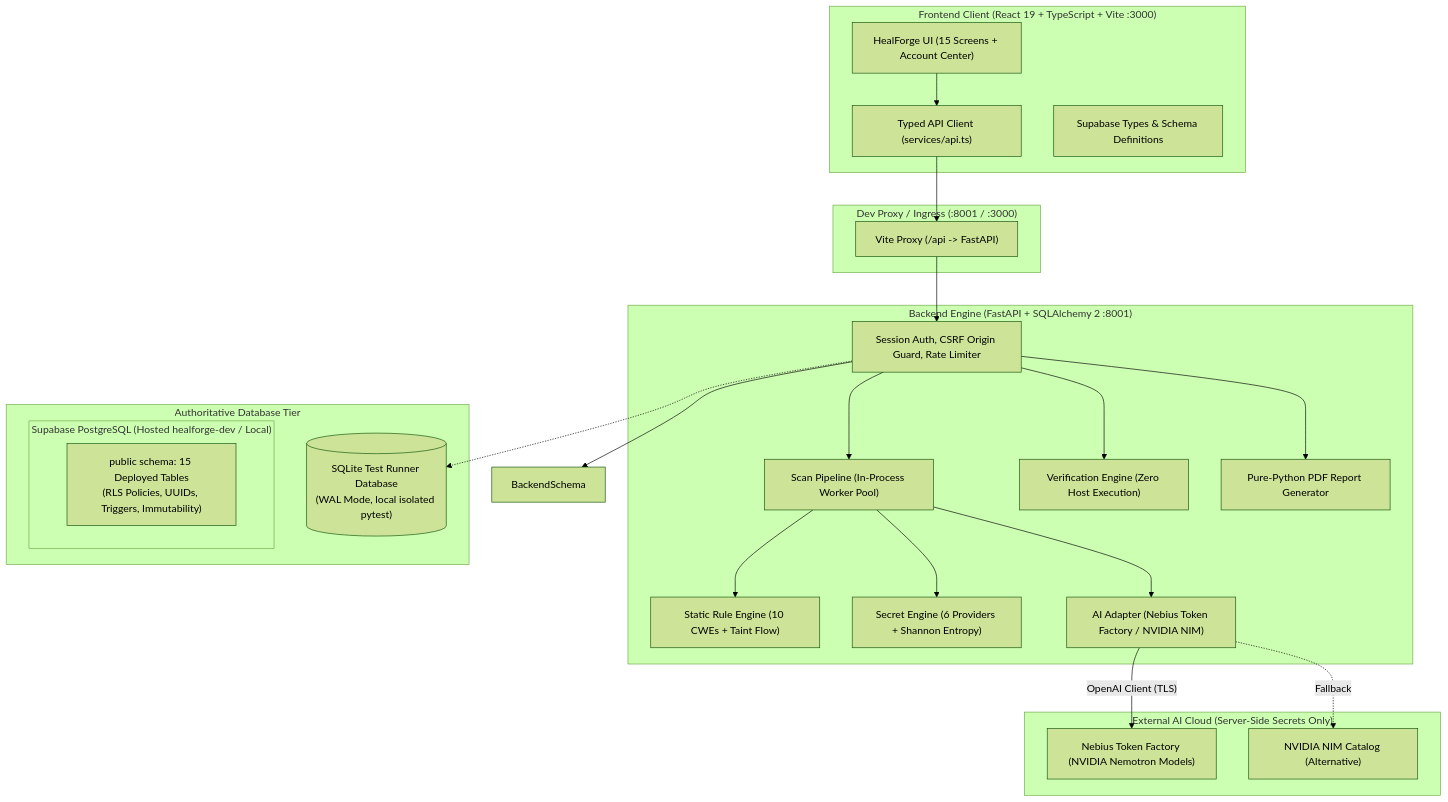
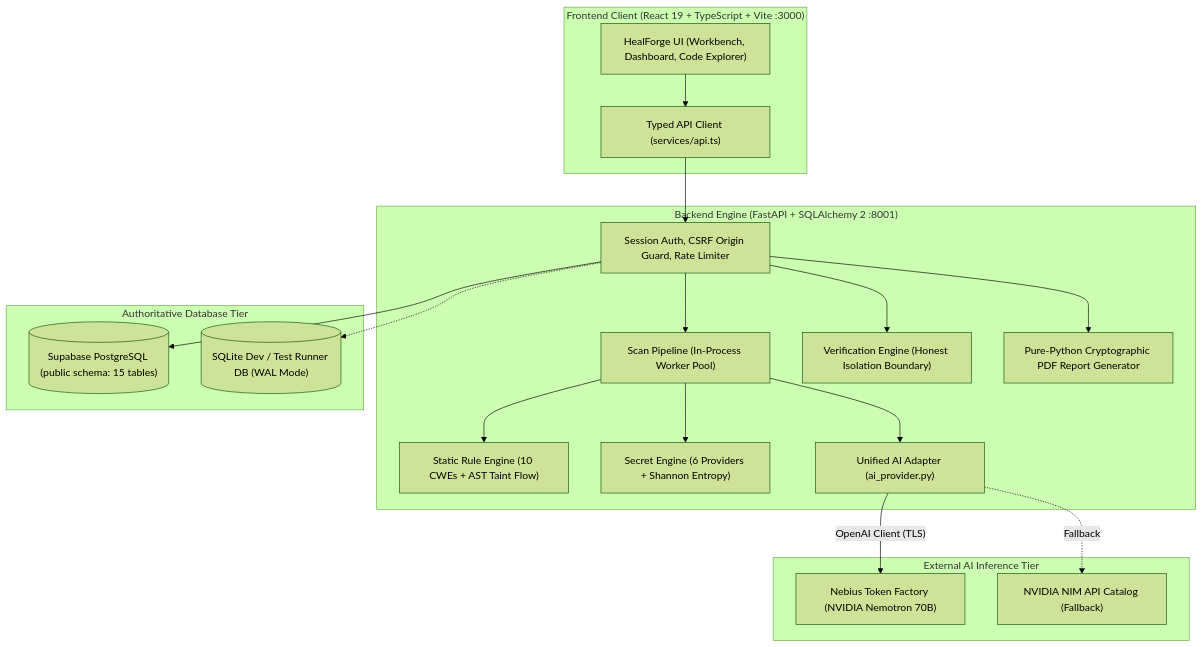
One commit to Snowyarn/healforge changed the diagram in README.md. Above: the diagram before and after it, drawn with Mermaid (forest theme). The commit also changed other lines of this file and 1 other file, not shown here.

````diff
--- a/README.md
+++ b/README.md
@@ -9,50 +50,42 @@
 ```mermaid
 flowchart TD
-    subgraph Frontend["Frontend Client (React 19 + TypeScript + Vite :3000)"]
-        UI["HealForge UI (15 Screens + Account Center)"]
+    subgraph Client["Frontend Client (React 19 + TypeScript + Vite :3000)"]
+        UI["HealForge UI (Workbench, Dashboard, Code Explorer)"]
         ApiClient["Typed API Client (services/api.ts)"]
-        SupaTypes["Supabase Types & Schema Definitions"]
-    end
-
-    subgraph Gateway["Dev Proxy / Ingress (:8001 / :3000)"]
-        ViteProxy["Vite Proxy (/api -> FastAPI)"]
     end
 
     subgraph Backend["Backend Engine (FastAPI + SQLAlchemy 2 :8001)"]
         SecLayer["Session Auth, CSRF Origin Guard, Rate Limiter"]
         ScanPipeline["Scan Pipeline (In-Process Worker Pool)"]
-        StaticEngine["Static Rule Engine (10 CWEs + Taint Flow)"]
+        StaticEngine["Static Rule Engine (10 CWEs + AST Taint Flow)"]
         SecretEngine["Secret Engine (6 Providers + Shannon Entropy)"]
-        AiAdapter["AI Adapter (Nebius Token Factory / NVIDIA NIM)"]
-        VerifEngine["Verification Engine (Zero Host Execution)"]
-        PDFGen["Pure-Python PDF Report Generator"]
+        AiAdapter["Unified AI Adapter (ai_provider.py)"]
+        VerifEngine["Verification Engine (Honest Isolation Boundary)"]
+        PDFGen["Pure-Python Cryptographic PDF Report Generator"]
     end
 
-    subgraph AICloud["External AI Cloud (Server-Side Secrets Only)"]
-        Nebius["Nebius Token Factory (NVIDIA Nemotron Models)"]
-        NvidiaNIM["NVIDIA NIM Catalog (Alternative)"]
+    subgraph AICloud["External AI Inference Tier"]
+        Nebius["Nebius Token Factory (NVIDIA Nemotron 70B)"]
+        NvidiaNIM["NVIDIA NIM API Catalog (Fallback)"]
     end
 
     subgraph Database["Authoritative Database Tier"]
-        subgraph SupabaseDB["Supabase PostgreSQL (Hosted healforge-dev / Local)"]
-            PublicSchema["public schema: 15 Deployed Tables<br>(RLS Policies, UUIDs, Triggers, Immutability)"]
-        end
-        LocalSQLite[("SQLite Test Runner Database<br>(WAL Mode, local isolated pytest)")]
+        SupabaseDB[("Supabase PostgreSQL (public schema: 15 tables)")]
+        LocalSQLite[("SQLite Dev / Test Runner DB (WAL Mode)")]
     end
 
     UI --> ApiClient
-    ApiClient --> ViteProxy
-    ViteProxy --> SecLayer
+    ApiClient --> SecLayer
     SecLayer --> ScanPipeline
     ScanPipeline --> StaticEngine
     ScanPipeline --> SecretEngine
     ScanPipeline --> AiAdapter
     SecLayer --> VerifEngine
     SecLayer --> PDFGen
 
     AiAdapter -->|"OpenAI Client (TLS)"| Nebius
     AiAdapter -.->|"Fallback"| NvidiaNIM
 
-    SecLayer --> BackendSchema
+    SecLayer --> SupabaseDB
     SecLayer -.-> LocalSQLite
 ```
````
